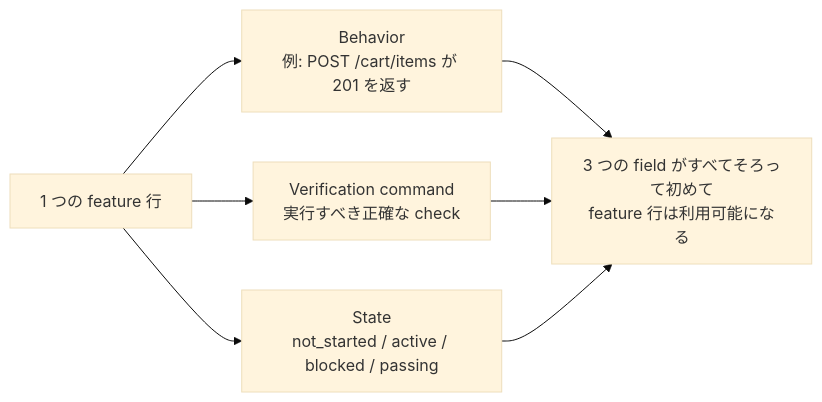
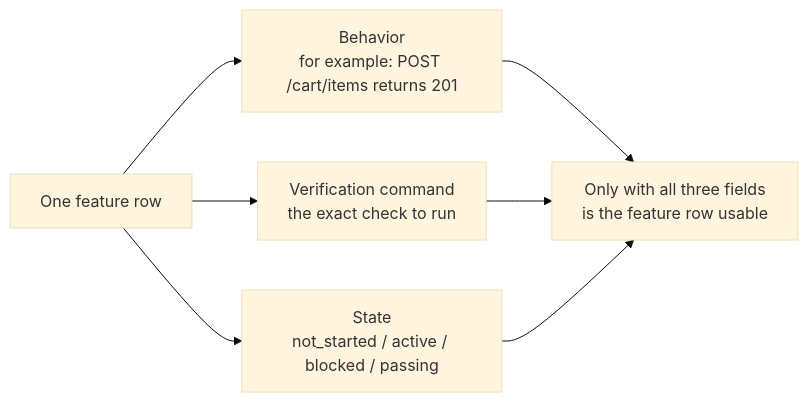
One commit to mkusaka/learn-harness-engineering changed the first of 2 diagrams in docs/en/lectures/lecture-08-why-feature-lists-are-harness-primitives/index.md. Above: the diagram before and after it, drawn with Mermaid (base theme). The commit also changed other lines of this file and 684 other files, not shown here.

````diff
--- a/docs/en/lectures/lecture-08-why-feature-lists-are-harness-primitives/index.md
+++ b/docs/en/lectures/lecture-08-why-feature-lists-are-harness-primitives/index.md
@@ -29,10 +29,10 @@
 ```mermaid
 flowchart LR
-    Feature["1 つの feature 行"] --> Behavior["Behavior<br/>例: POST /cart/items が 201 を返す"]
-    Feature --> Check["Verification command<br/>実行すべき正確な check"]
+    Feature["One feature row"] --> Behavior["Behavior<br/>for example: POST /cart/items returns 201"]
+    Feature --> Check["Verification command<br/>the exact check to run"]
     Feature --> State["State<br/>not_started / active / blocked / passing"]
 
-    Behavior --> Complete["3 つの field がすべてそろって初めて<br/>feature 行は利用可能になる"]
+    Behavior --> Complete["Only with all three fields<br/>is the feature row usable"]
     Check --> Complete
     State --> Complete
 ```
````
